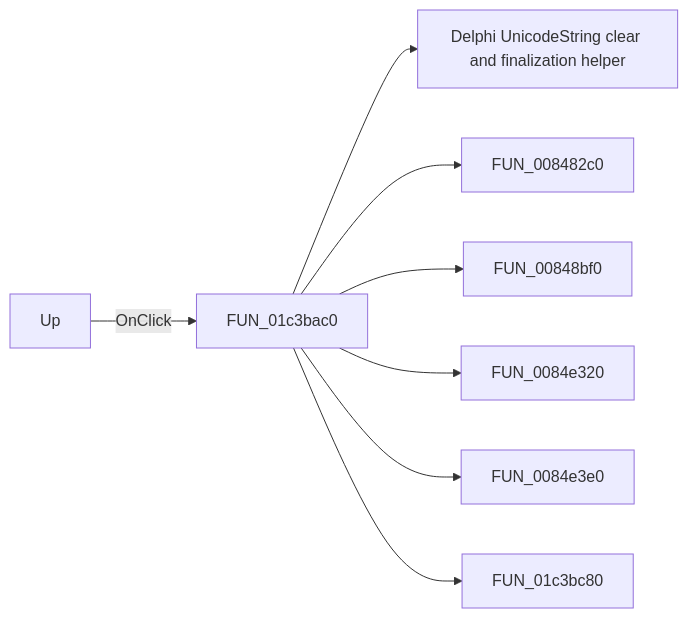
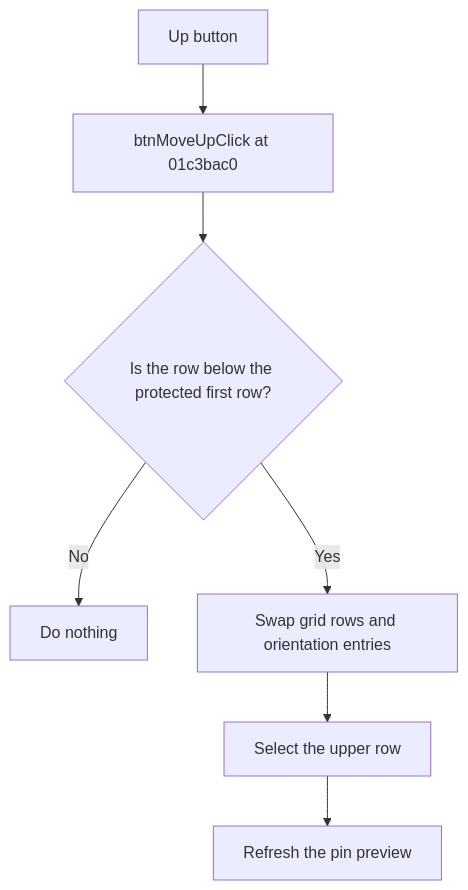
Before and after one commit to MovGP0/TIARA: the diagram in docs/ui-controls/fmacrowiz/btnmoveup-0de11725de.md, drawn with Mermaid. The commit also changed other lines of this file and 387 other files, not shown here.

````diff
--- a/docs/ui-controls/fmacrowiz/btnmoveup-0de11725de.md
+++ b/docs/ui-controls/fmacrowiz/btnmoveup-0de11725de.md
@@ -27,10 +20,9 @@
 ```mermaid
-flowchart LR
-    control["Up"] -->|OnClick| handler["FUN_01c3bac0"]
-    handler --> call1["Delphi UnicodeString clear and finalization helper"]
-    handler --> call2["FUN_008482c0"]
-    handler --> call3["FUN_00848bf0"]
-    handler --> call4["FUN_0084e320"]
-    handler --> call5["FUN_0084e3e0"]
-    handler --> call6["FUN_01c3bc80"]
+flowchart TD
+    control["Up button"] --> handler["btnMoveUpClick at 01c3bac0"]
+    handler --> movable{"Is the row below the protected first row?"}
+    movable -->|No| noop["Do nothing"]
+    movable -->|Yes| swap["Swap grid rows and orientation entries"]
+    swap --> select["Select the upper row"]
+    select --> refresh["Refresh the pin preview"]
 ```
````
